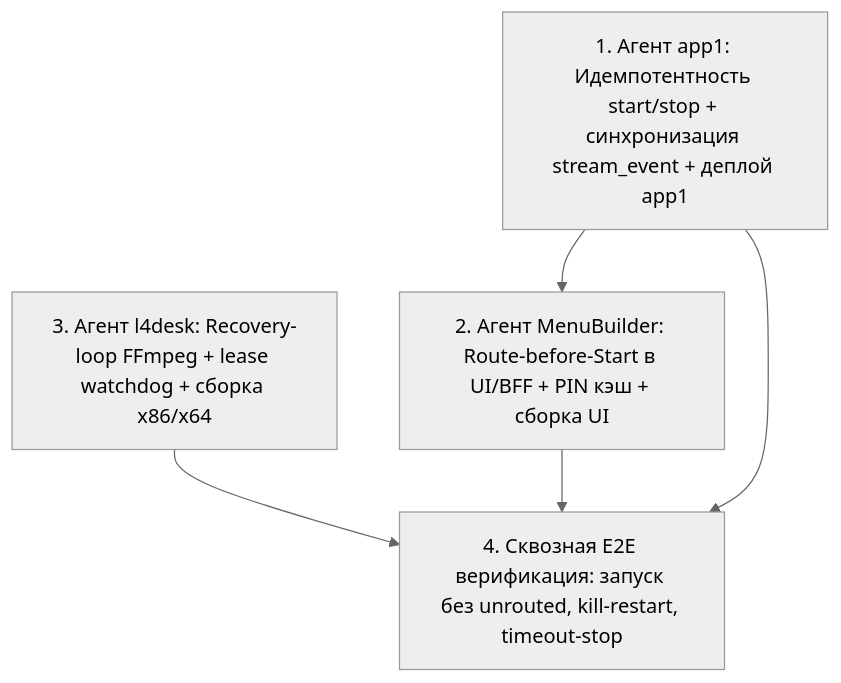
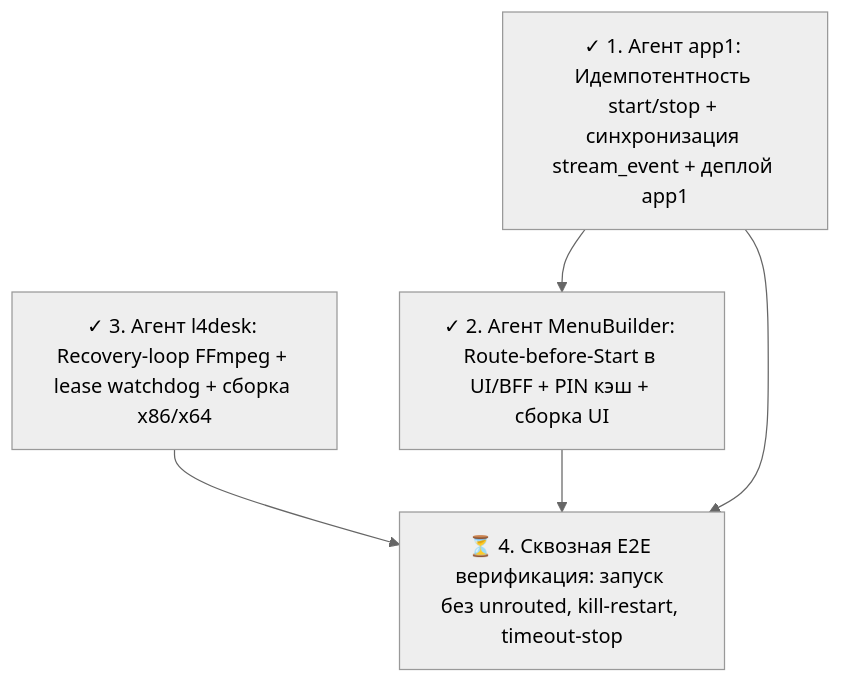
The second of 2 diagrams in prompts/prompt_step2_stacks_overview.md (OlegLebedevRU/etranprocessing), drawn with Mermaid (neutral theme) before and after one commit. The commit also changed other lines of this file and 2 other files, not shown here.

Commit message:
docs: update e2e architecture and step 2 status for app1, menubuilder, and l4desk

````diff
--- a/prompts/prompt_step2_stacks_overview.md
+++ b/prompts/prompt_step2_stacks_overview.md
@@ -103,7 +109,7 @@
 ```mermaid
 flowchart TD
-    A[1. Агент app1: Идемпотентность start/stop + синхронизация stream_event + деплой app1] --> B[2. Агент MenuBuilder: Route-before-Start в UI/BFF + PIN кэш + сборка UI]
-    C[3. Агент l4desk: Recovery-loop FFmpeg + lease watchdog + сборка x86/x64] --> D[4. Сквозная E2E верификация: запуск без unrouted, kill-restart, timeout-stop]
+    A[✓ 1. Агент app1: Идемпотентность start/stop + синхронизация stream_event + деплой app1] --> B[✓ 2. Агент MenuBuilder: Route-before-Start в UI/BFF + PIN кэш + сборка UI]
+    C[✓ 3. Агент l4desk: Recovery-loop FFmpeg + lease watchdog + сборка x86/x64] --> D[⏳ 4. Сквозная E2E верификация: запуск без unrouted, kill-restart, timeout-stop]
     B --> D
     A --> D
 ```
````
